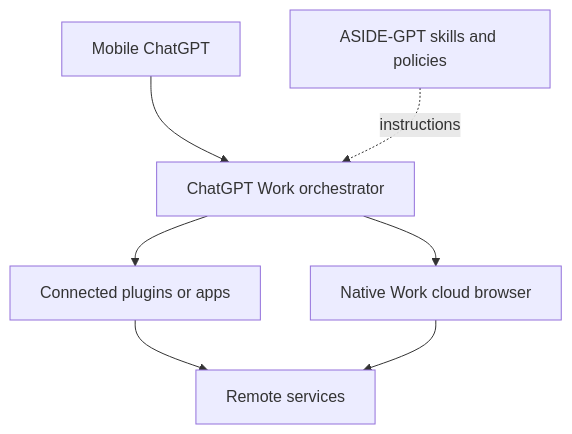
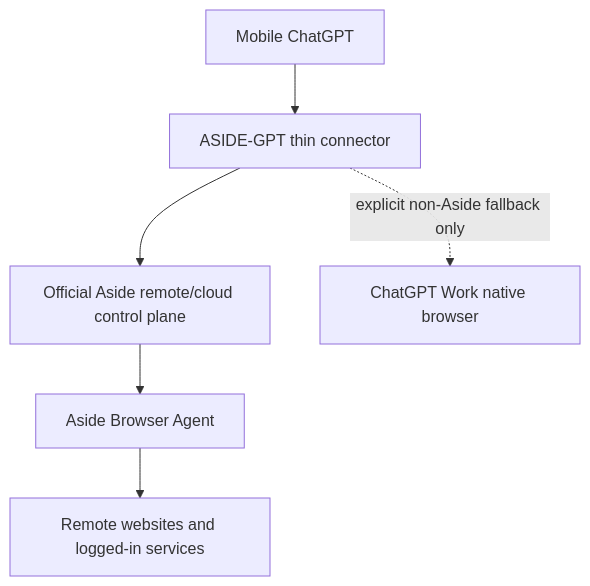
The diagram in docs/ARCHITECTURE.md (khs0927/ASIDE-GPT), drawn with Mermaid before and after one commit. The commit also changed other lines of this file, not shown here.

Commit message:
docs: make official Aside remote the final topology

````diff
--- a/docs/ARCHITECTURE.md
+++ b/docs/ARCHITECTURE.md
@@ -5,9 +5,9 @@
 ```mermaid
 flowchart TD
-    M[Mobile ChatGPT] --> W[ChatGPT Work orchestrator]
-    S[ASIDE-GPT skills and policies] -. instructions .-> W
-    W --> P[Connected plugins or apps]
-    W --> B[Native Work cloud browser]
-    P --> X[Remote services]
-    B --> X
+    M[Mobile ChatGPT] --> C[ASIDE-GPT thin connector]
+    C --> R[Official Aside remote/cloud control plane]
+    R --> A[Aside Browser Agent]
+    A --> X[Remote websites and logged-in services]
+
+    C -. explicit non-Aside fallback only .-> W[ChatGPT Work native browser]
 ```
````
